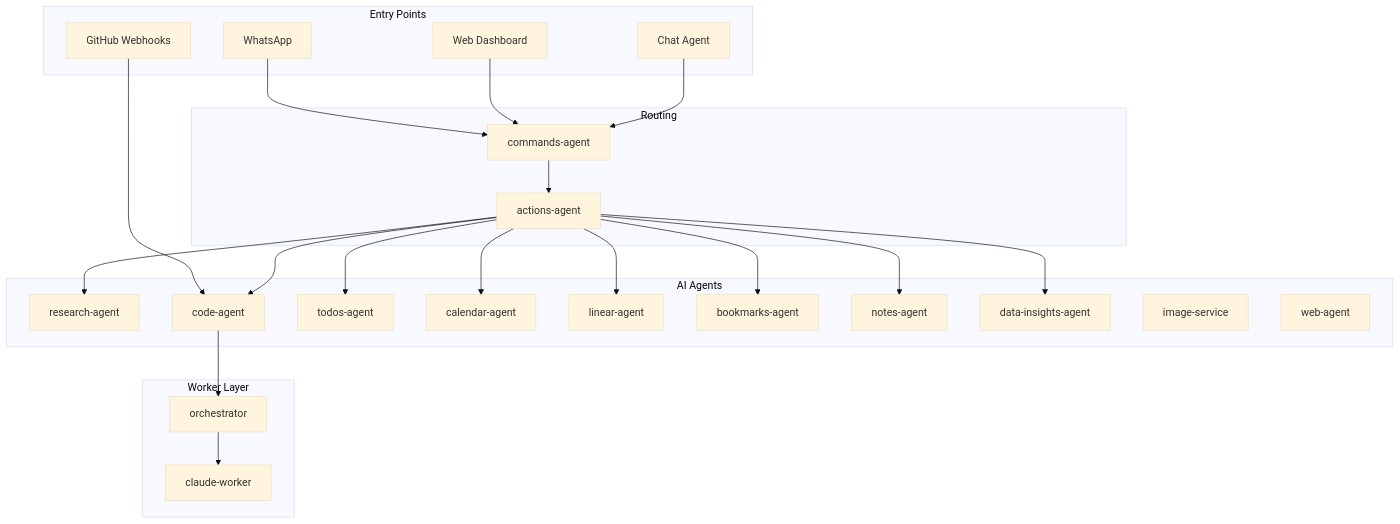
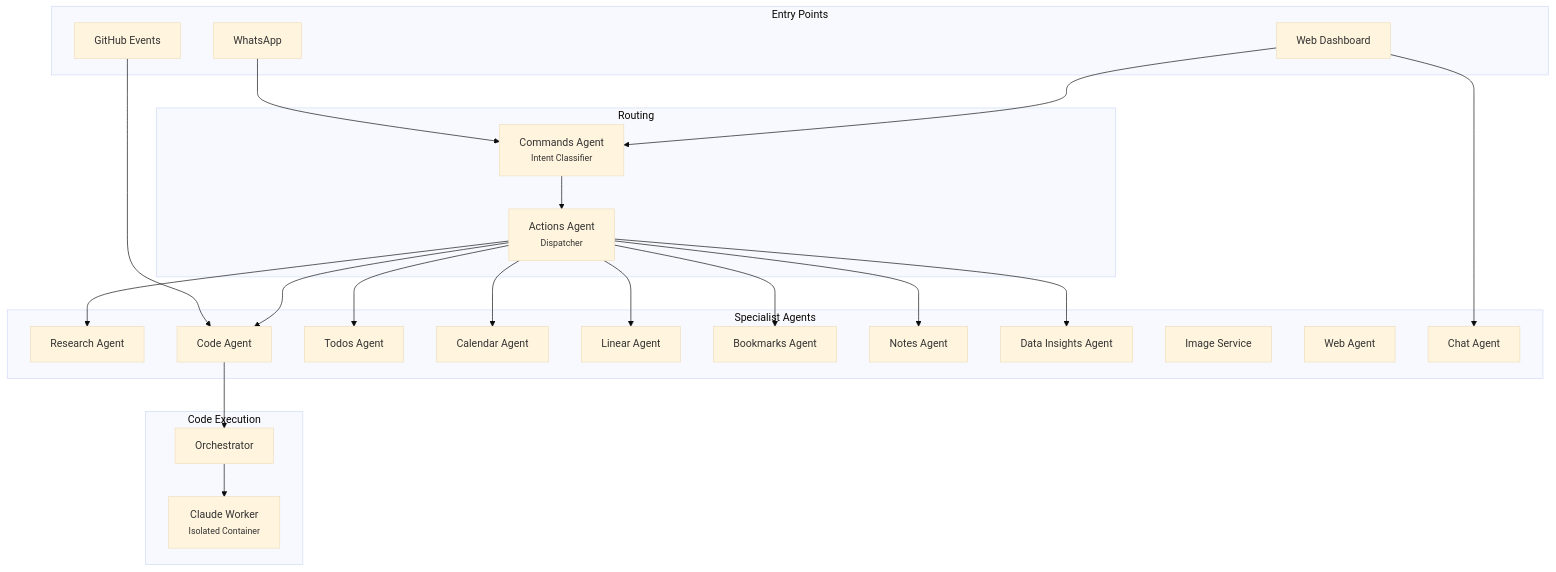
Before and after one commit to pbuchman/intexuraos: the third of 3 diagrams in README.md, drawn with Mermaid (base theme). The commit also changed other lines of this file, not shown here.

First line of the commit message:
docs: rewrite README.md with multi-agent convergence loop (avg 9.0)

````diff
--- a/README.md
+++ b/README.md
@@ -151,37 +154,38 @@
 ```mermaid
 graph TD
     subgraph "Entry Points"
         WA3[WhatsApp]
         WEB3[Web Dashboard]
-        CHAT[Chat Agent]
-        GH[GitHub Webhooks]
+        GH[GitHub Events]
     end
 
     subgraph "Routing"
-        CMD3[commands-agent]
-        ACT[actions-agent]
+        CMD3["Commands Agent<br><small>Intent Classifier</small>"]
+        ACT["Actions Agent<br><small>Dispatcher</small>"]
     end
 
-    subgraph "AI Agents"
-        RES[research-agent]
-        CODE3[code-agent]
-        TODO[todos-agent]
-        CAL[calendar-agent]
-        LIN3[linear-agent]
-        BOOK[bookmarks-agent]
-        NOTE[notes-agent]
-        DATA[data-insights-agent]
-        IMG[image-service]
-        WEBAG[web-agent]
+    subgraph "Specialist Agents"
+        RES[Research Agent]
+        CODE3[Code Agent]
+        TODO[Todos Agent]
+        CAL[Calendar Agent]
+        LIN3[Linear Agent]
+        BOOK[Bookmarks Agent]
+        NOTE[Notes Agent]
+        DATA[Data Insights Agent]
+        IMG[Image Service]
+        WEBAG[Web Agent]
+        CHAT[Chat Agent]
     end
 
-    subgraph "Worker Layer"
-        ORCH3[orchestrator]
-        CW3[claude-worker]
+    subgraph "Code Execution"
+        ORCH3[Orchestrator]
+        CW3["Claude Worker<br><small>Isolated Container</small>"]
     end
 
-    WA3 & WEB3 & CHAT --> CMD3 --> ACT
+    WA3 & WEB3 --> CMD3 --> ACT
+    WEB3 --> CHAT
     GH --> CODE3
     ACT --> RES & CODE3 & TODO & CAL & LIN3 & BOOK & NOTE & DATA
     CODE3 --> ORCH3 --> CW3
 ```
````
